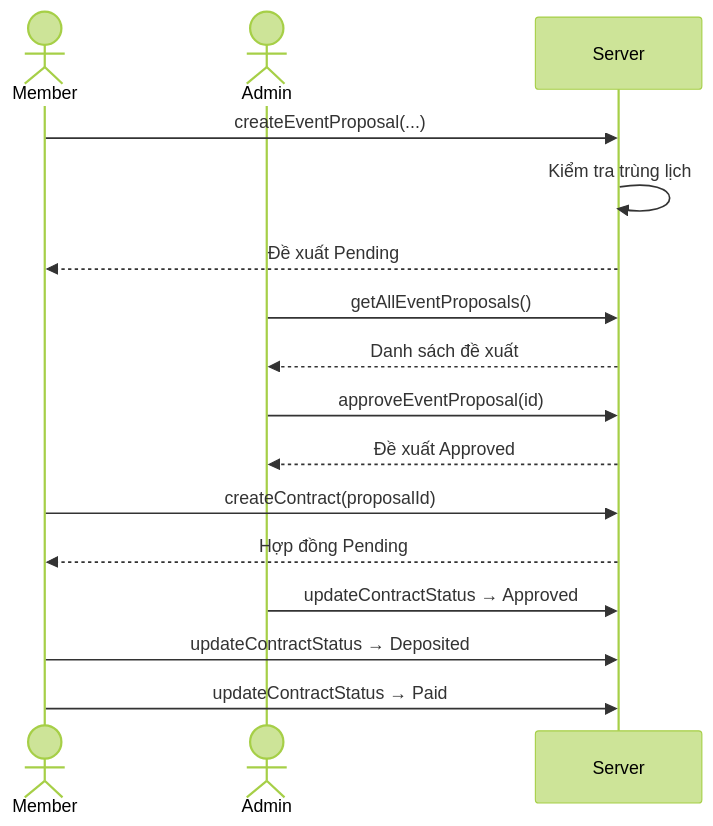
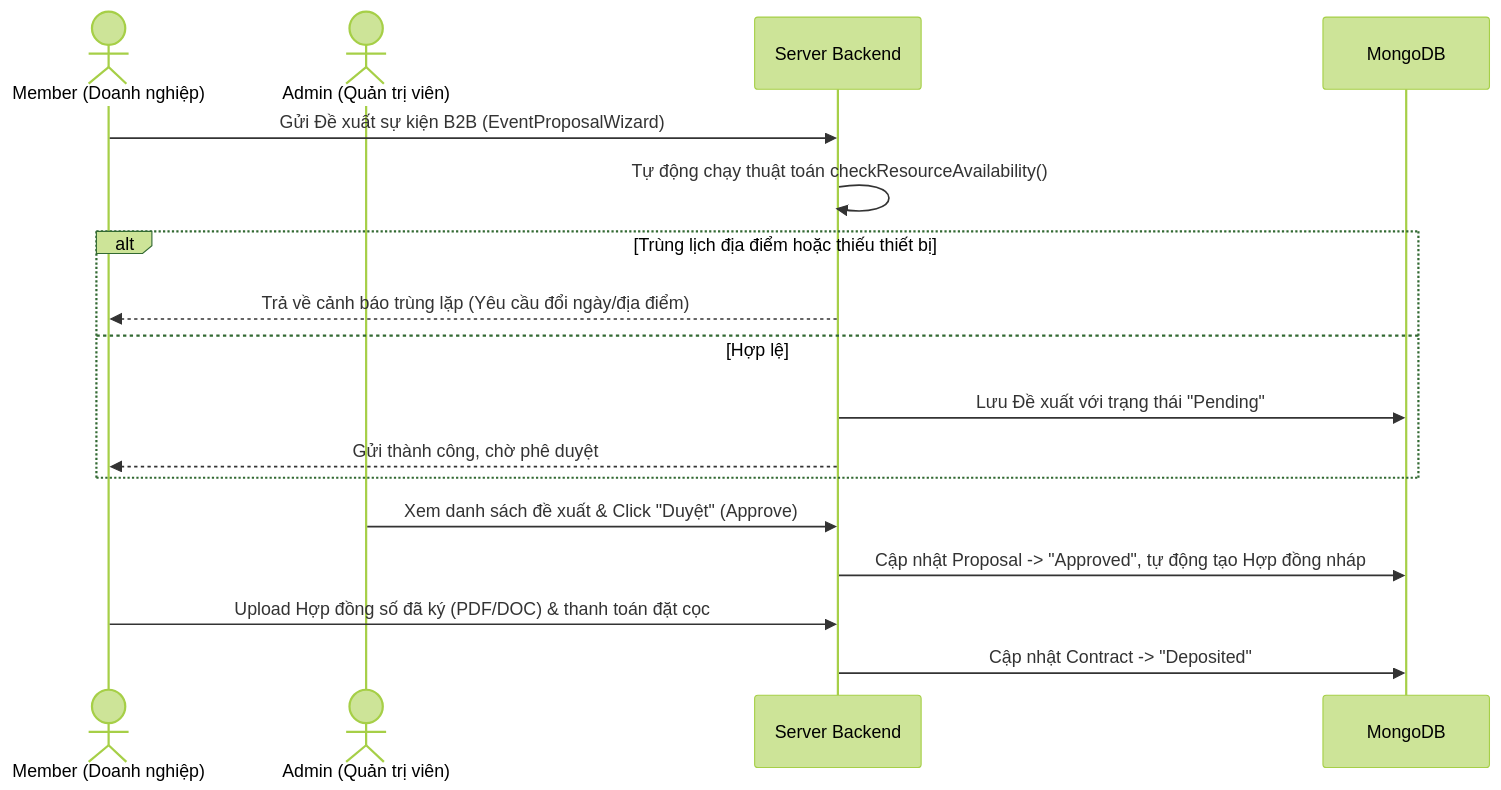
Before and after one commit to HoNhutHao-1006/Baocaocuoiki-GVNguyenTanPhuoc: the sixth of 10 diagrams in README.md, drawn with Mermaid (forest theme). The commit also changed other lines of this file and 1 other file, not shown here.

````diff
--- a/README.md
+++ b/README.md
@@ -533,19 +356,20 @@
 ```mermaid
 sequenceDiagram
-    actor M as Member
-    actor A as Admin
-    participant SV as Server
+    actor M as Member (Doanh nghiệp)
+    actor A as Admin (Quản trị viên)
+    participant SV as Server Backend
+    participant DB as MongoDB
 
-    M->>SV: createEventProposal(...)
-    SV->>SV: Kiểm tra trùng lịch
-    SV-->>M: Đề xuất Pending
-    A->>SV: getAllEventProposals()
-    SV-->>A: Danh sách đề xuất
-    A->>SV: approveEventProposal(id)
-    SV-->>A: Đề xuất Approved
-    M->>SV: createContract(proposalId)
-    SV-->>M: Hợp đồng Pending
-    A->>SV: updateContractStatus → Approved
-    M->>SV: updateContractStatus → Deposited
-    M->>SV: updateContractStatus → Paid
+    M->>SV: Gửi Đề xuất sự kiện B2B (EventProposalWizard)
+    SV->>SV: Tự động chạy thuật toán checkResourceAvailability()
+    alt Trùng lịch địa điểm hoặc thiếu thiết bị
+        SV-->>M: Trả về cảnh báo trùng lặp (Yêu cầu đổi ngày/địa điểm)
+    else Hợp lệ
+        SV->>DB: Lưu Đề xuất với trạng thái "Pending"
+        SV-->>M: Gửi thành công, chờ phê duyệt
+    end
+    A->>SV: Xem danh sách đề xuất & Click "Duyệt" (Approve)
+    SV->>DB: Cập nhật Proposal -> "Approved", tự động tạo Hợp đồng nháp
+    M->>SV: Upload Hợp đồng số đã ký (PDF/DOC) & thanh toán đặt cọc
+    SV->>DB: Cập nhật Contract -> "Deposited"
 ```
````
